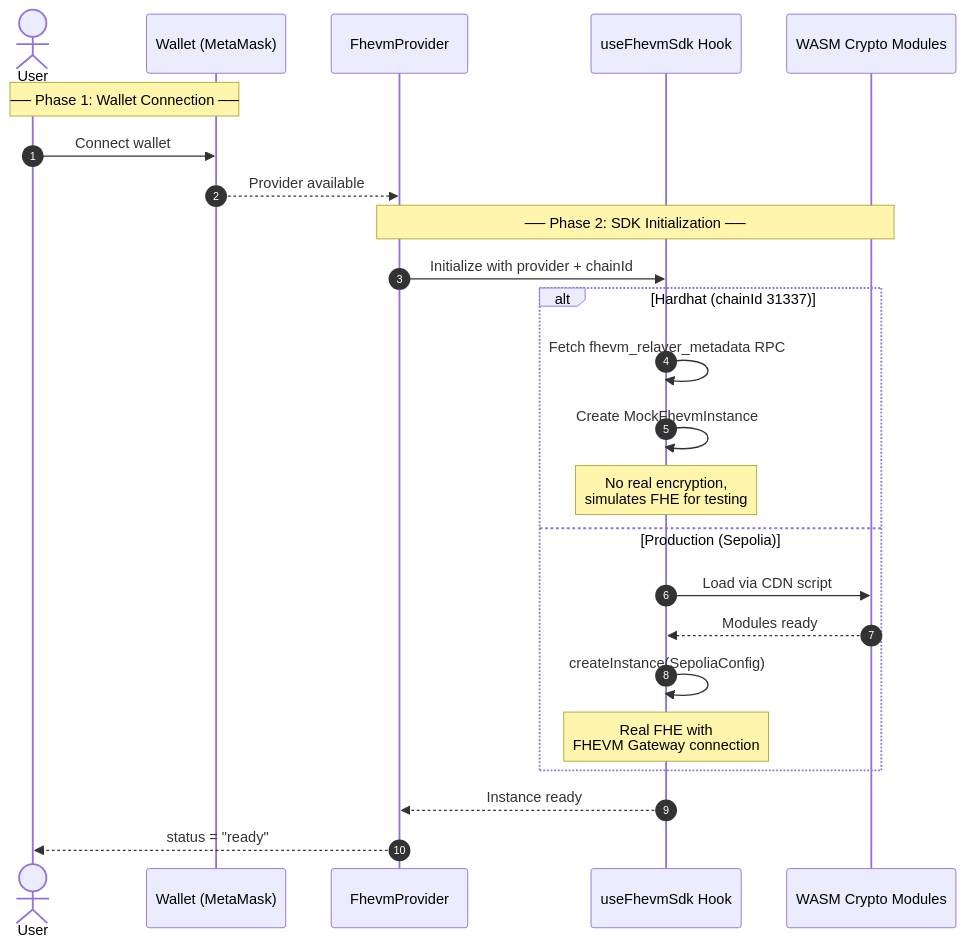
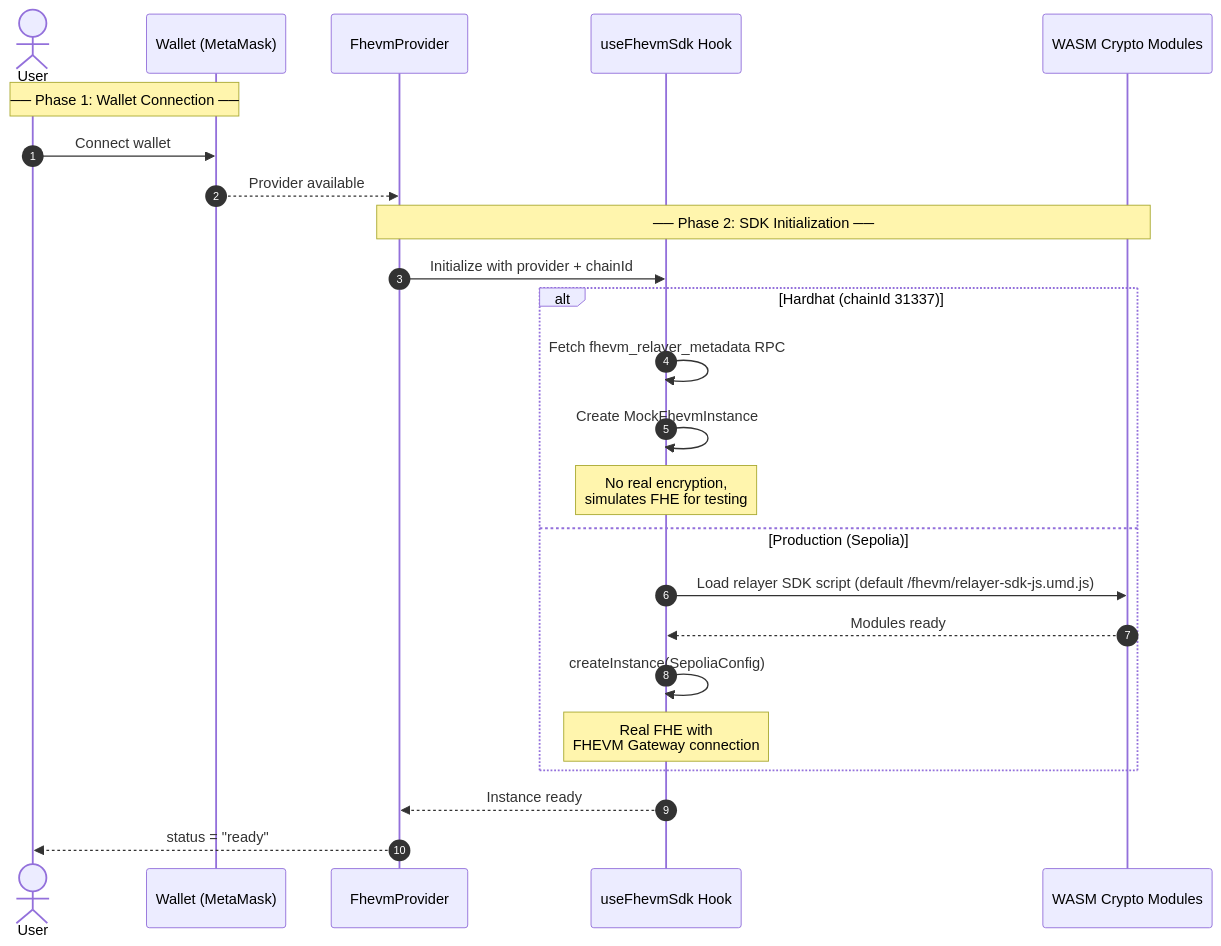
The fourth of 11 diagrams in docs/web3-architecture.md (gustavovalverde/zentity), drawn with Mermaid before and after one commit. The commit also changed other lines of this file and 10 other files, not shown here.

First line of the commit message:
docs: refresh architecture and security docs

````diff
--- a/docs/web3-architecture.md
+++ b/docs/web3-architecture.md
@@ -230,30 +230,30 @@
 ```mermaid
 sequenceDiagram
     autonumber
     actor User
     participant W as Wallet (MetaMask)
     participant ZP as FhevmProvider
     participant SDK as useFhevmSdk Hook
     participant WASM as WASM Crypto Modules
 
     Note over User,W: ── Phase 1: Wallet Connection ──
     User->>W: Connect wallet
     W-->>ZP: Provider available
 
     Note over ZP,WASM: ── Phase 2: SDK Initialization ──
     ZP->>SDK: Initialize with provider + chainId
 
     alt Hardhat (chainId 31337)
         SDK->>SDK: Fetch fhevm_relayer_metadata RPC
         SDK->>SDK: Create MockFhevmInstance
         Note over SDK: No real encryption,<br/>simulates FHE for testing
     else Production (Sepolia)
-        SDK->>WASM: Load via CDN script
+        SDK->>WASM: Load relayer SDK script (default /fhevm/relayer-sdk-js.umd.js)
         WASM-->>SDK: Modules ready
         SDK->>SDK: createInstance(SepoliaConfig)
         Note over SDK: Real FHE with<br/>FHEVM Gateway connection
     end
 
     SDK-->>ZP: Instance ready
     ZP-->>User: status = "ready"
 ```
````
